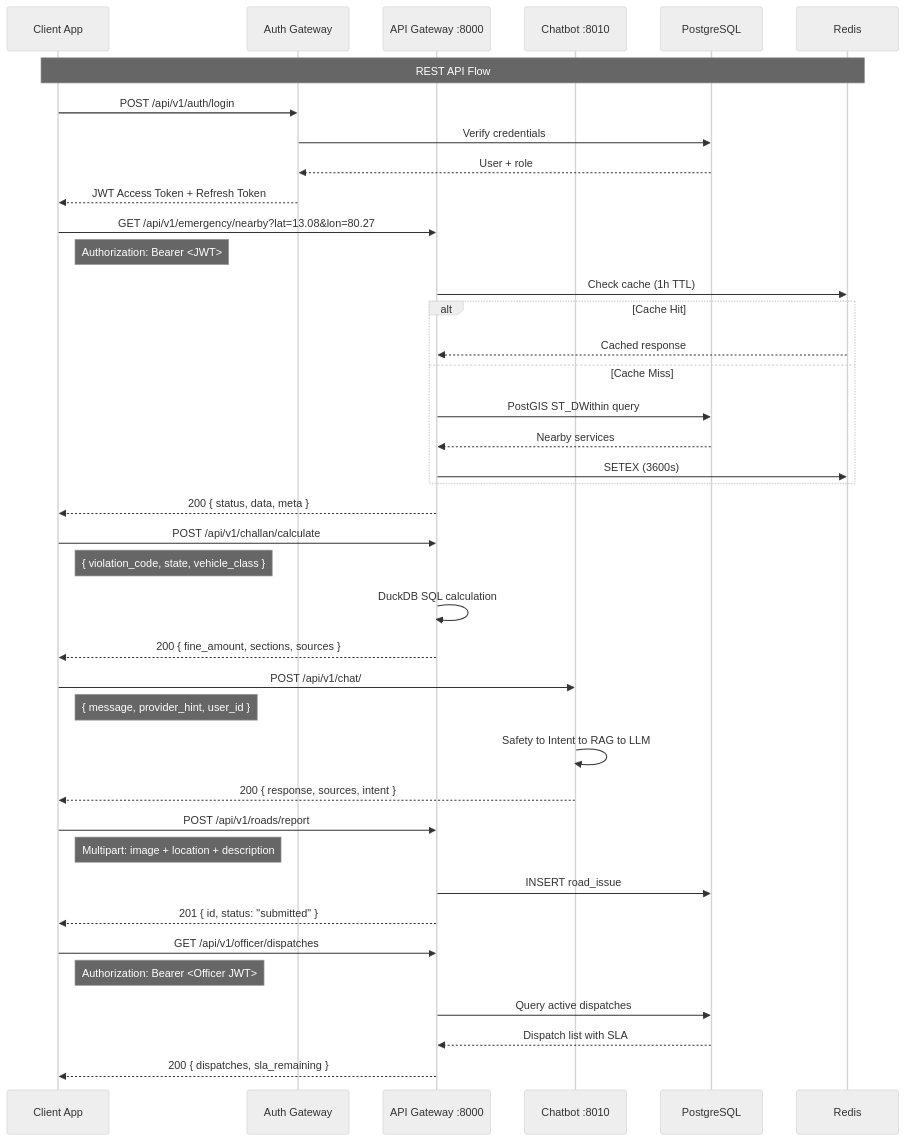
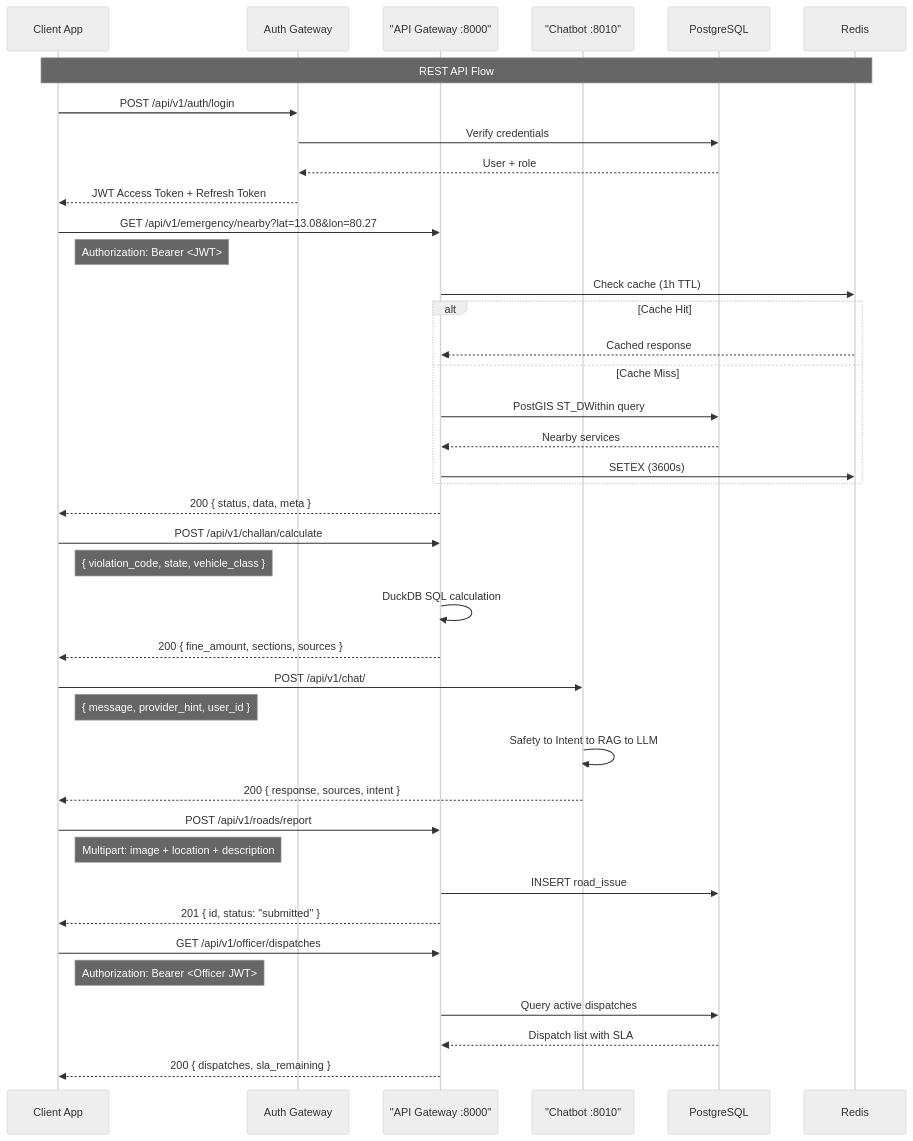
One commit to SafeVixAI/SafeVixAI changed the first of 2 diagrams in docs/api-reference/SDK_GUIDE.md. Above: the diagram before and after it, drawn with Mermaid (neutral theme). The commit also changed other lines of this file and 85 other files, not shown here.

Commit message:
docs: Fix Mermaid diagrams, resolve relative link warnings, and ensure clean mkdocs build

````diff
--- a/docs/api-reference/SDK_GUIDE.md
+++ b/docs/api-reference/SDK_GUIDE.md
@@ -7,49 +7,49 @@
 ```mermaid
 sequenceDiagram
     participant Client as Client App
     participant Auth as Auth Gateway
-    participant API as API Gateway :8000
-    participant Chatbot as Chatbot :8010
+    participant API as "API Gateway :8000"
+    participant Chatbot as "Chatbot :8010"
     participant DB as PostgreSQL
     participant Cache as Redis
 
     Note over Client,Cache: REST API Flow
 
     Client->>Auth: POST /api/v1/auth/login
     Auth->>DB: Verify credentials
     DB-->>Auth: User + role
     Auth-->>Client: JWT Access Token + Refresh Token
 
     Client->>API: GET /api/v1/emergency/nearby?lat=13.08&lon=80.27
     Note right of Client: Authorization: Bearer <JWT>
     API->>Cache: Check cache (1h TTL)
     alt Cache Hit
         Cache-->>API: Cached response
     else Cache Miss
         API->>DB: PostGIS ST_DWithin query
         DB-->>API: Nearby services
         API->>Cache: SETEX (3600s)
     end
     API-->>Client: 200 { status, data, meta }
 
     Client->>API: POST /api/v1/challan/calculate
     Note right of Client: { violation_code, state, vehicle_class }
     API->>API: DuckDB SQL calculation
     API-->>Client: 200 { fine_amount, sections, sources }
 
     Client->>Chatbot: POST /api/v1/chat/
     Note right of Client: { message, provider_hint, user_id }
     Chatbot->>Chatbot: Safety to Intent to RAG to LLM
     Chatbot-->>Client: 200 { response, sources, intent }
 
     Client->>API: POST /api/v1/roads/report
     Note right of Client: Multipart: image + location + description
     API->>DB: INSERT road_issue
     API-->>Client: 201 { id, status: "submitted" }
 
     Client->>API: GET /api/v1/officer/dispatches
     Note right of Client: Authorization: Bearer <Officer JWT>
     API->>DB: Query active dispatches
     DB-->>API: Dispatch list with SLA
     API-->>Client: 200 { dispatches, sla_remaining }
 ```
````
